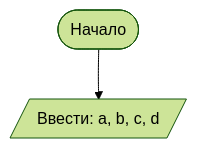
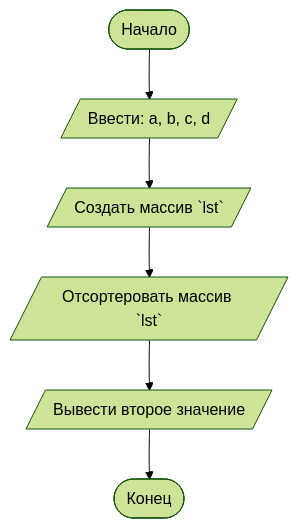
One commit to 3214Hoh/LabExample changed the diagram in README.md. Above: the diagram before and after it, drawn with Mermaid (forest theme). The commit also changed other lines of this file, not shown here.

````diff
--- a/README.md
+++ b/README.md
@@ -71,4 +71,8 @@
 ```mermaid
 graph TD
   A([Начало]) --> B[/Ввести: a, b, c, d/]
+  B --> C[/Создать массив `lst`/]
+  C --> D[/Отсортеровать массив `lst`/]
+  D --> E[/Вывести второе значение/]
+  E --> Z([Конец])
 ```
````
